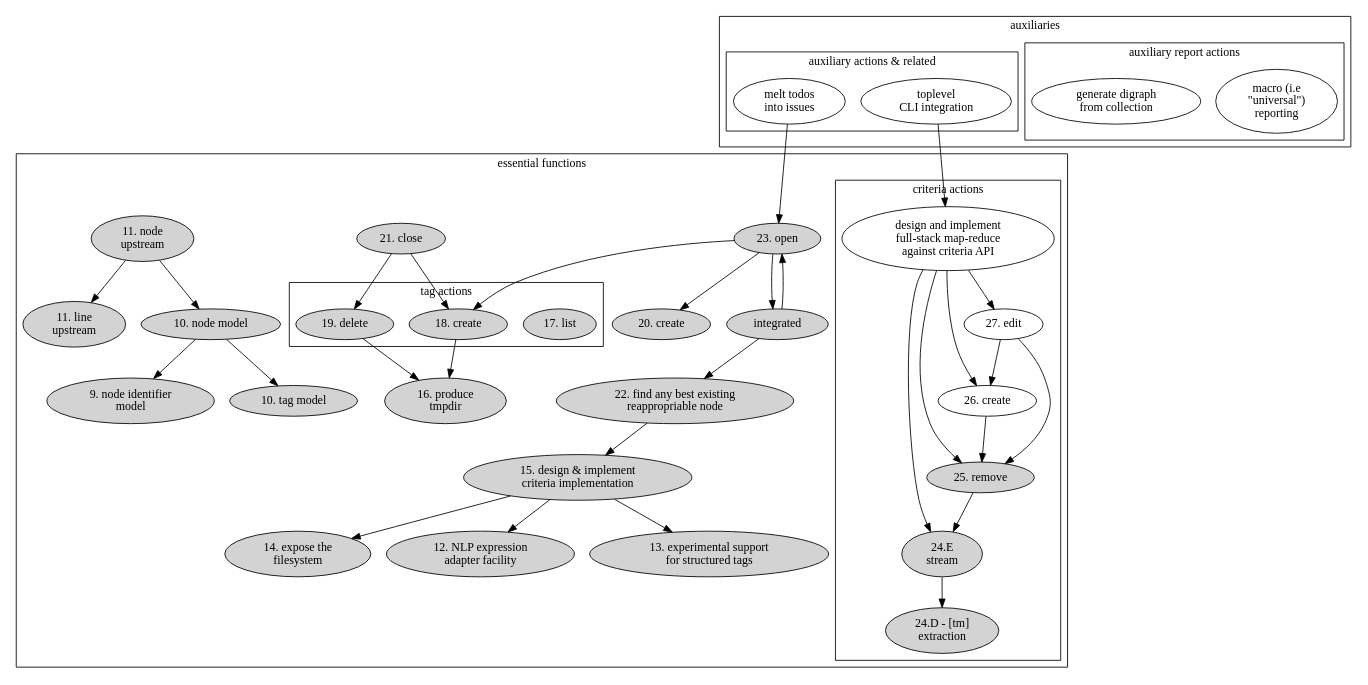
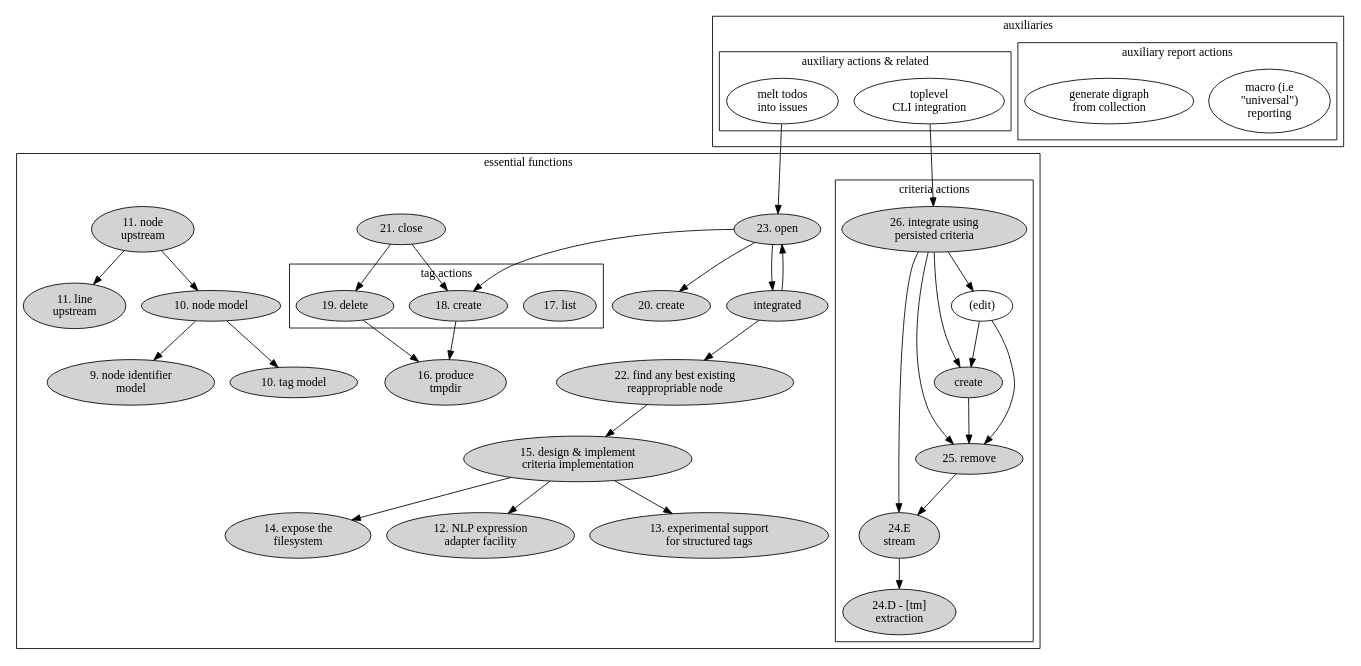
One commit to hipe/tmx changed the diagram in lib/skylab/snag/doc/issues/038/component-digraph.dot. Above: the diagram before and after it, drawn with Graphviz. The commit also changed 20 other files, not shown here.

```diff
--- a/lib/skylab/snag/doc/issues/038/component-digraph.dot
+++ b/lib/skylab/snag/doc/issues/038/component-digraph.dot
@@ -1,104 +1,104 @@
 digraph {
 
 subgraph cluster_main {
 
   label="essential functions"
 
   subgraph cluster_tag_actions {
     label="tag actions"
     tl [label="17. list" style=filled]
     ta [label="18. create" style=filled]
     tr [label="19. delete" style=filled]
   }
 
-  mr [label="design and implement\nfull-stack map-reduce\nagainst criteria API"]
+  mr [label="26. integrate using\npersisted criteria" style=filled]
 
   subgraph cluster_criteria_actions {
 
     label="criteria actions"
 
     mr_abs [label="24.D - [tm]\nextraction" style=filled]
 
     mr_s [label="24.E\nstream" style=filled]
     mr_s->mr_abs
     mr->mr_s
 
     mr_r [label="25. remove" style=filled]
     mr->mr_r
     mr_r->mr_s
 
-    mr_c [label="26. create"]
+    mr_c [label="create" style=filled]
     mr->mr_c
     mr_c->mr_r
 
-    mr_e [label="27. edit"]
+    mr_e [label="(edit)"]
     mr->mr_e
     mr_e->mr_r
     mr_e->mr_c
   }
 
   aa [label="23. open" style=filled]
   ca [label="21. close" style=filled]
   de [label="15. design & implement\ncriteria implementation" style=filled]
   FS [label="14. expose the\nfilesystem" style=filled]
   line_upstream [label="11. line\nupstream" style=filled]
   NLP_experiment [label="12. NLP expression\nadapter facility" style=filled]
   node_identifier_model [label="9. node identifier\nmodel" style=filled]
   node_model [label="10. node model" style=filled]
   node_upstream [label="11. node\nupstream" style=filled]
   oaa [label="20. create" style=filled]
   rea [label="integrated" style=filled]
   rea_actor [label="22. find any best existing\nreappropriable node", style=filled]
   stru [label="13. experimental support\nfor structured tags" style=filled]
   tag_model [label="10. tag model" style=filled]
   tmpdir [label="16. produce\ntmpdir" style=filled]
 
   aa->rea
   aa->ta
 
   ca->tr
   ca->ta
 
   rea->aa
   aa->oaa
   rea->rea_actor
 
   rea_actor->de
   de->NLP_experiment
   de->FS
   de->stru
 
   node_upstream -> line_upstream
   node_upstream -> node_model
 
   node_model -> node_identifier_model
   node_model -> tag_model
 
   tr->tmpdir
   ta->tmpdir
 
 }
 subgraph cluster_after {
 
   label="auxiliaries"
 
   subgraph cluster_reports {
 
     label="auxiliary report actions"
     macro_rep [label="macro (i.e\n\"universal\")\nreporting"]
     digrah_ [label="generate digraph\nfrom collection"]
 
   }
 
   subgraph cluster_functions {
 
     label="auxiliary actions & related"
     melt [label="melt todos\ninto issues"]
     top_cli [label="toplevel\nCLI integration"]
     top_cli->mr
 
   }
 }
 
 melt->aa
 }
```
